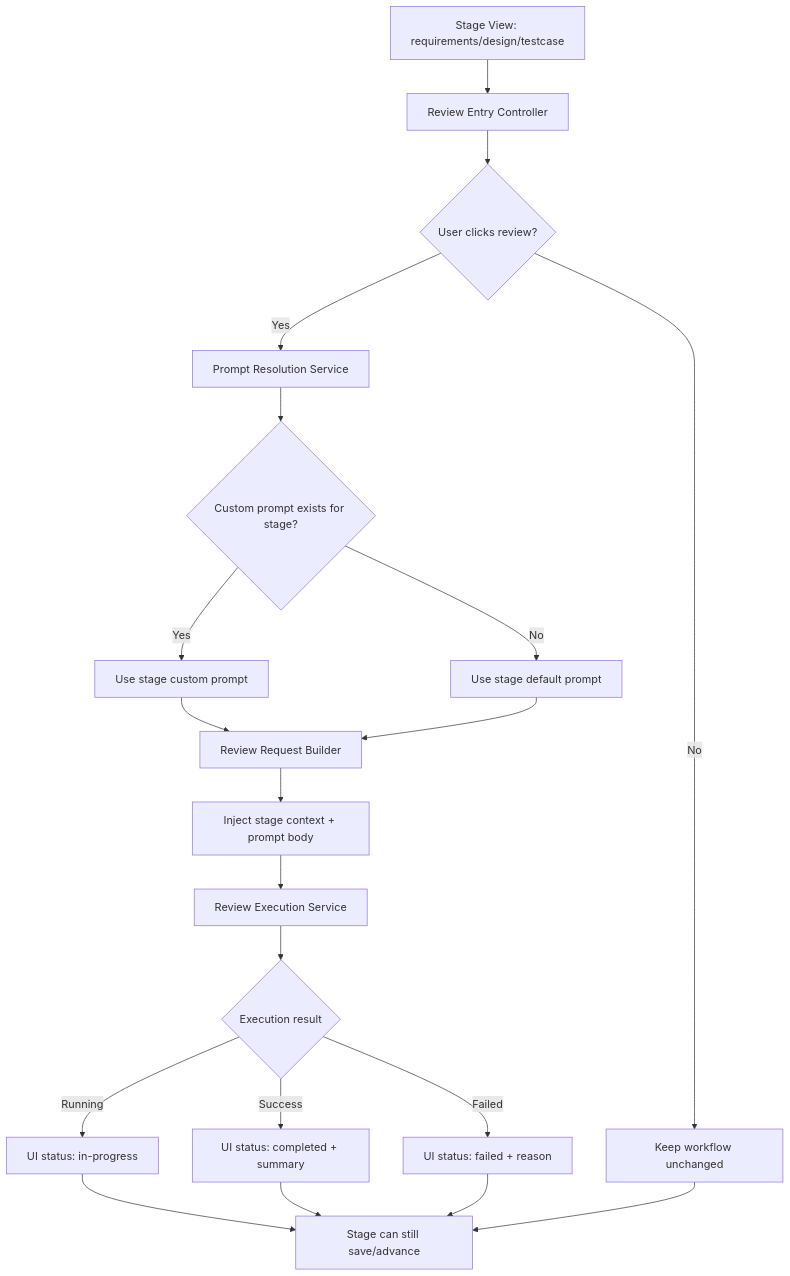
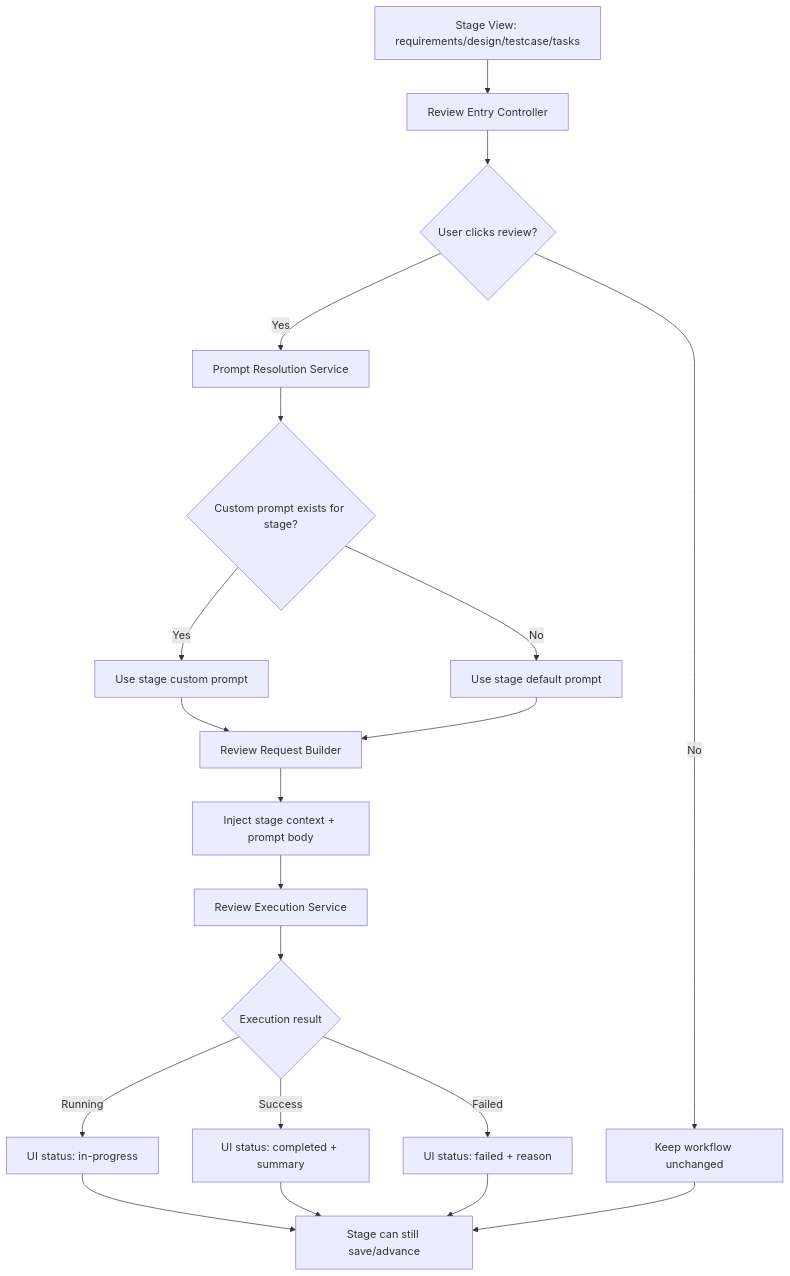
Before and after one commit to funfunsu/funharness: the diagram in specs/评审植入/design.md, drawn with Mermaid. The commit also changed other lines of this file and 38 other files, not shown here.

````diff
--- a/specs/评审植入/design.md
+++ b/specs/评审植入/design.md
@@ -17,27 +17,27 @@
 ```mermaid
 flowchart TD
-    A[Stage View: requirements/design/testcase] --> B[Review Entry Controller]
+    A[Stage View: requirements/design/testcase/tasks] --> B[Review Entry Controller]
     B --> C{User clicks review?}
     C -- No --> D[Keep workflow unchanged]
     C -- Yes --> E[Prompt Resolution Service]
 
     E --> F{Custom prompt exists for stage?}
     F -- Yes --> G[Use stage custom prompt]
     F -- No --> H[Use stage default prompt]
 
     G --> I[Review Request Builder]
     H --> I
 
     I --> J[Inject stage context + prompt body]
     J --> K[Review Execution Service]
     K --> L{Execution result}
 
     L -- Running --> M[UI status: in-progress]
     L -- Success --> N[UI status: completed + summary]
     L -- Failed --> O[UI status: failed + reason]
 
     M --> P[Stage can still save/advance]
     N --> P
     O --> P
     D --> P
 ```
````
